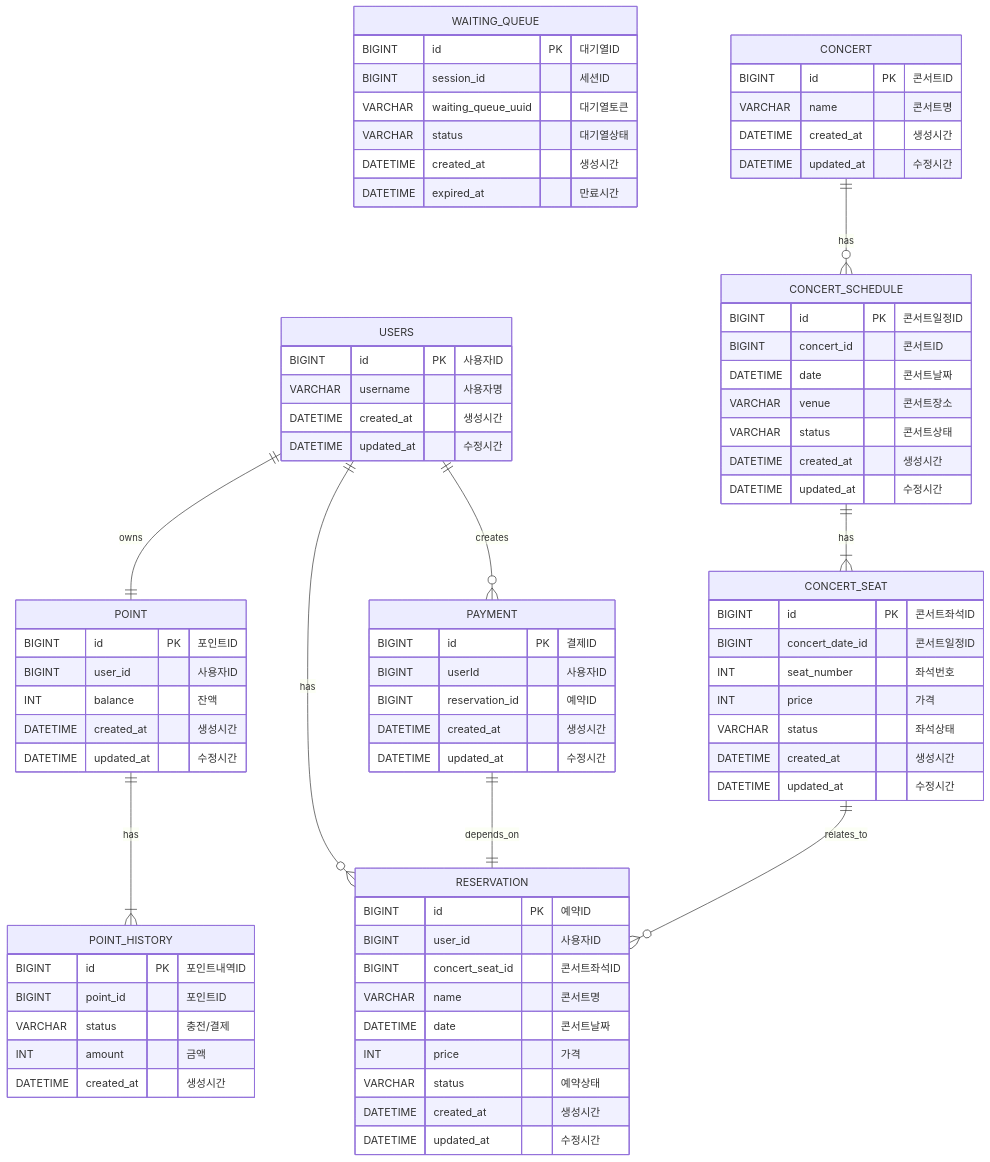
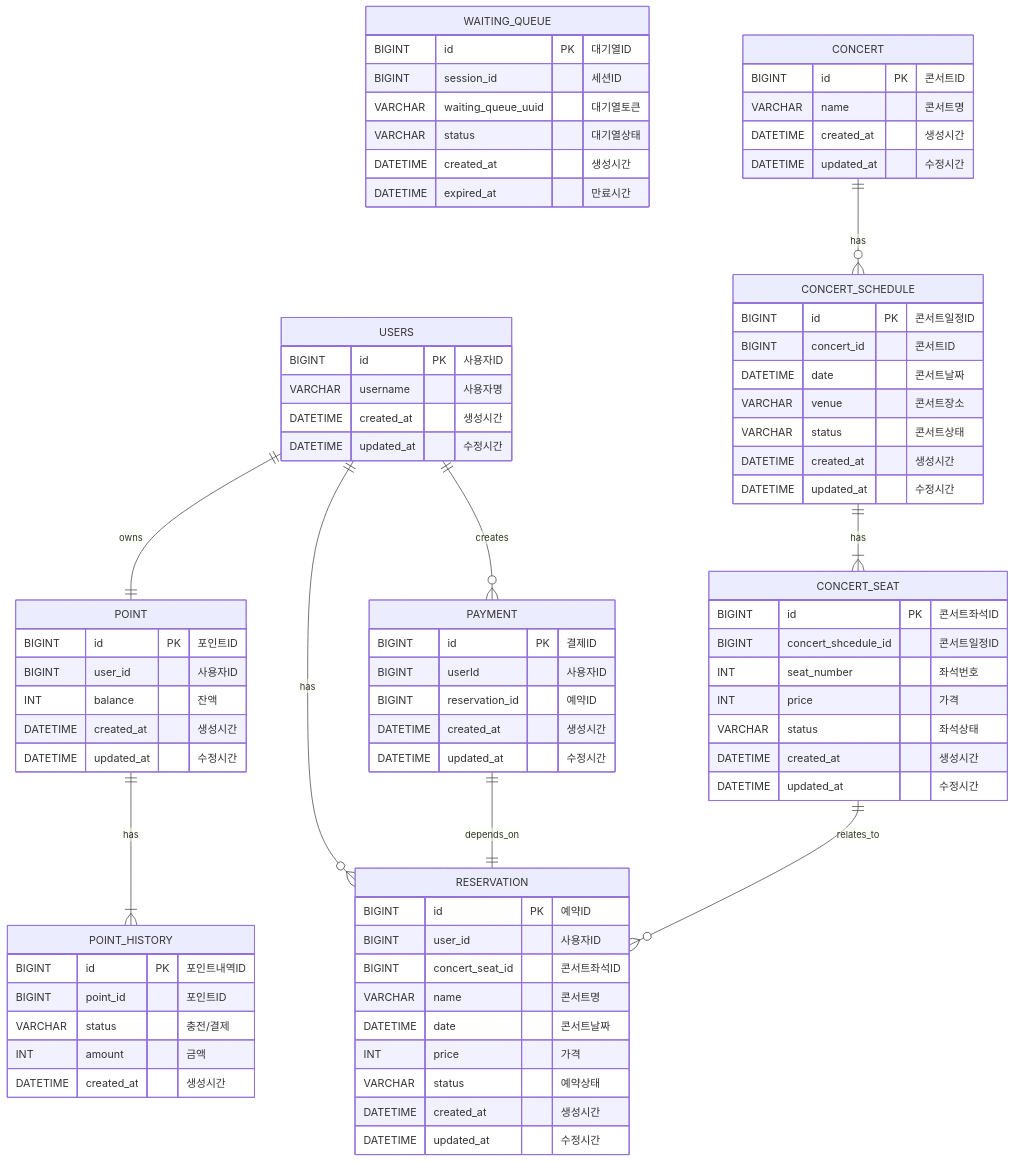
One commit to jjeongminchoi/hanghae-concert-reservation changed the diagram in docs/ERD.md. Above: the diagram before and after it, drawn with Mermaid.

Commit message:
docs: CONCERT_SCHEDULE 수정

```diff
--- a/docs/ERD.md
+++ b/docs/ERD.md
@@ -59,7 +59,7 @@
     CONCERT_SEAT ||--o{ RESERVATION : relates_to
     CONCERT_SEAT {
         BIGINT id PK "콘서트좌석ID"
-        BIGINT concert_date_id "콘서트일정ID"
+        BIGINT concert_shcedule_id "콘서트일정ID"
         INT seat_number "좌석번호"
         INT price "가격"
         VARCHAR status "좌석상태"
```
